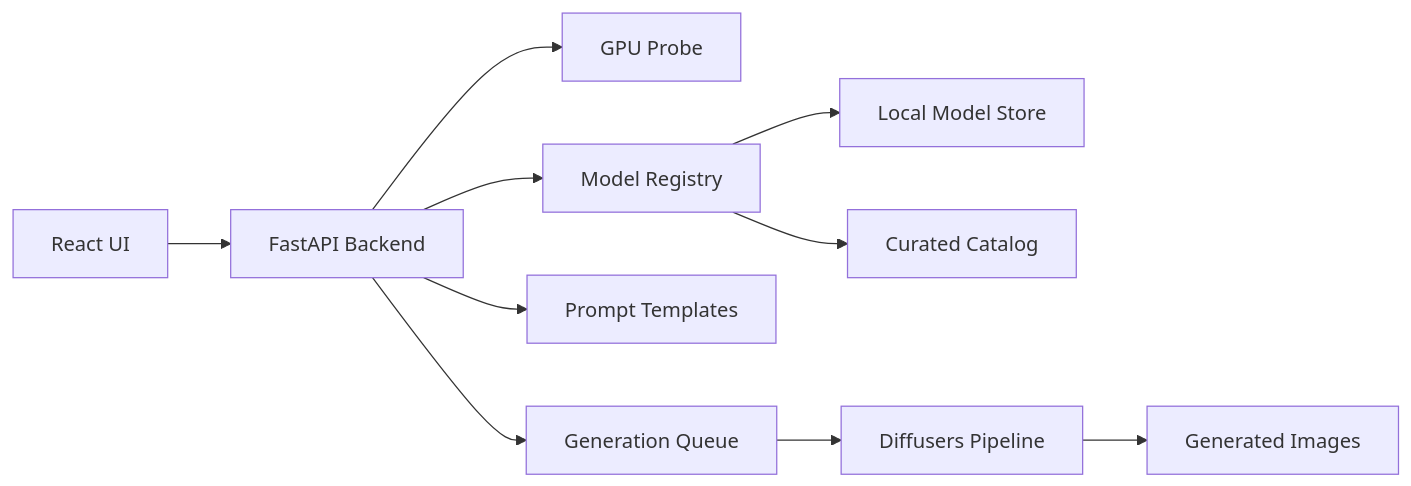
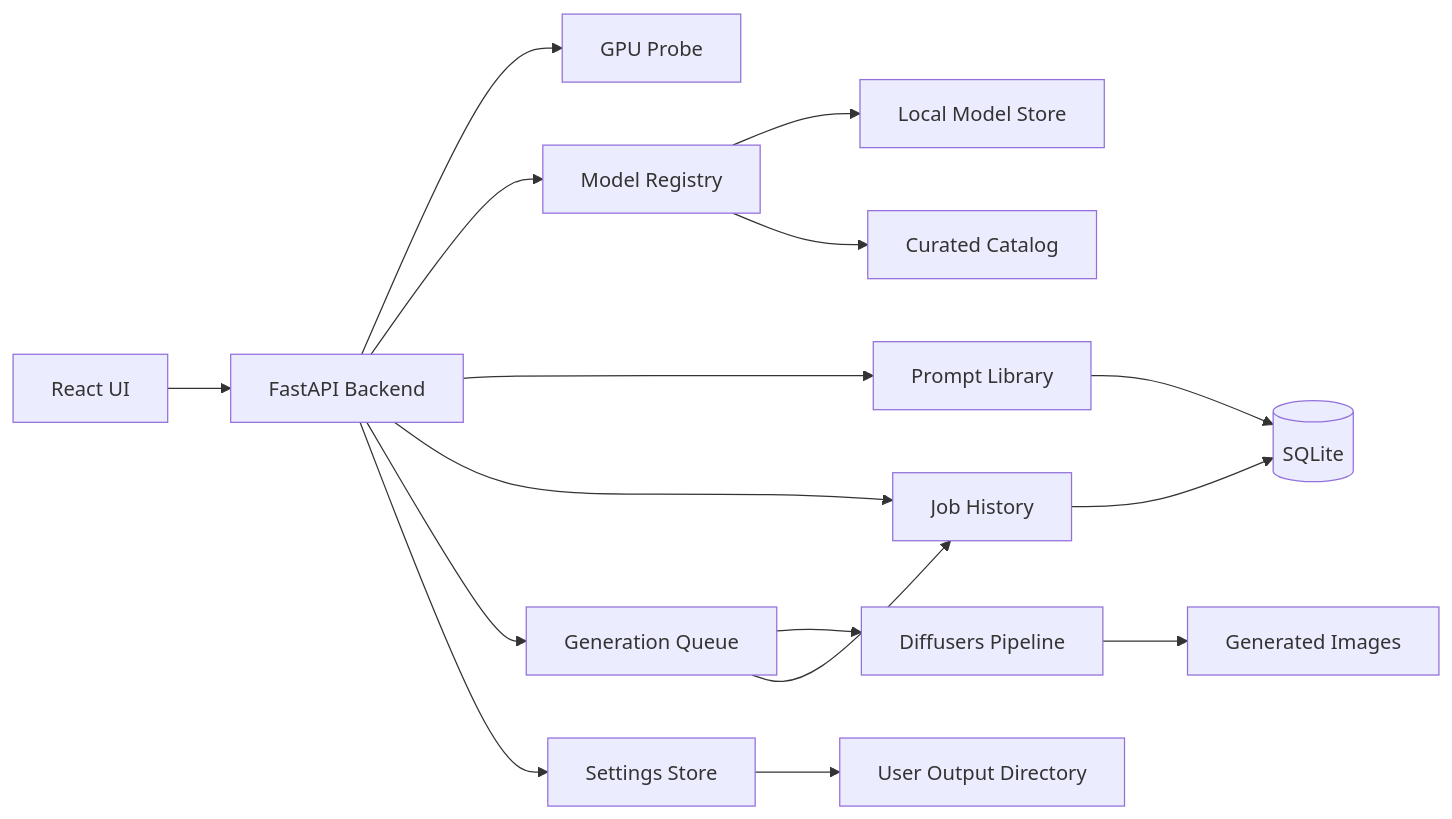
Before and after one commit to LeO1i/Onperm-ImageGenerator: the first of 2 diagrams in docs/BUILD_PLAN.md, drawn with Mermaid. The commit also changed other lines of this file, not shown here.

````diff
--- a/docs/BUILD_PLAN.md
+++ b/docs/BUILD_PLAN.md
@@ -31,12 +34,18 @@
 ```mermaid
 flowchart LR
   ReactUI[React UI] --> FastAPI[FastAPI Backend]
   FastAPI --> GpuProbe[GPU Probe]
   FastAPI --> ModelRegistry[Model Registry]
-  FastAPI --> PromptTemplates[Prompt Templates]
+  FastAPI --> PromptLibrary[Prompt Library]
+  FastAPI --> JobHistory[Job History]
   FastAPI --> GenerationQueue[Generation Queue]
+  FastAPI --> SettingsStore[Settings Store]
   ModelRegistry --> LocalModels[Local Model Store]
   ModelRegistry --> Catalog[Curated Catalog]
   GenerationQueue --> Diffusers[Diffusers Pipeline]
   Diffusers --> OutputGallery[Generated Images]
+  SettingsStore --> OutputDir[User Output Directory]
+  PromptLibrary --> SQLite[(SQLite)]
+  JobHistory --> SQLite
+  GenerationQueue --> JobHistory
 ```
````
